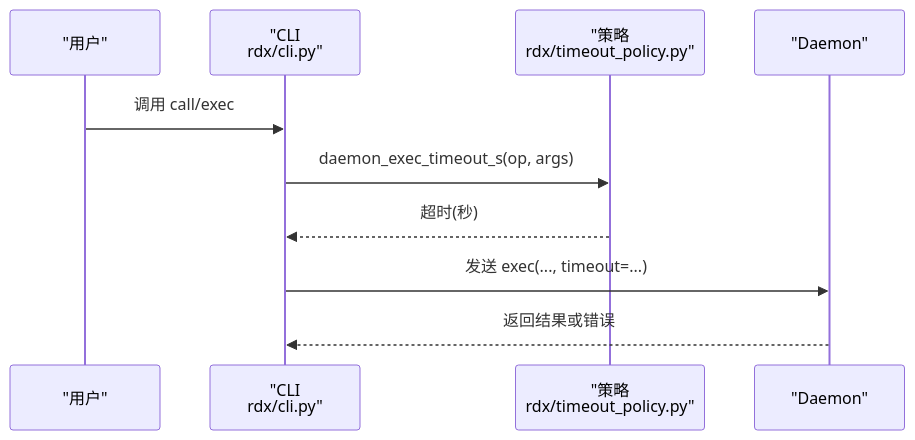
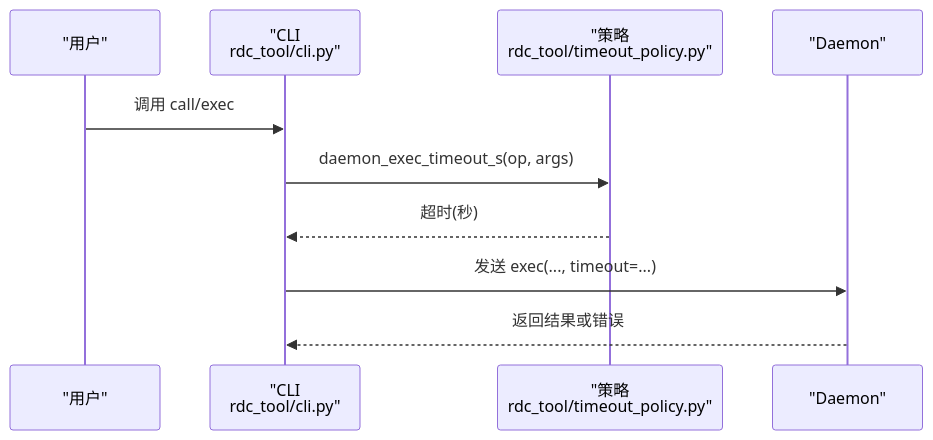
One commit to haolange/RDC-Tool changed the fourth of 5 diagrams in .qoder/repowiki/zh/content/运行时管理/超时策略管理.md. Above: the diagram before and after it, drawn with Mermaid. The commit also changed other lines of this file and 388 other files, not shown here.

First line of the commit message:
Release RDC-Tool identity and public maintenance surface

````diff
--- a/.qoder/repowiki/zh/content/运行时管理/超时策略管理.md
+++ b/.qoder/repowiki/zh/content/运行时管理/超时策略管理.md
@@ -155,12 +155,12 @@
 ```mermaid
 sequenceDiagram
 participant U as "用户"
-participant CLI as "CLI<br/>rdx/cli.py"
-participant POL as "策略<br/>rdx/timeout_policy.py"
+participant CLI as "CLI<br/>rdc_tool/cli.py"
+participant POL as "策略<br/>rdc_tool/timeout_policy.py"
 participant D as "Daemon"
 U->>CLI : 调用 call/exec
 CLI->>POL : daemon_exec_timeout_s(op, args)
 POL-->>CLI : 超时(秒)
 CLI->>D : 发送 exec(..., timeout=...)
 D-->>CLI : 返回结果或错误
 ```
````
